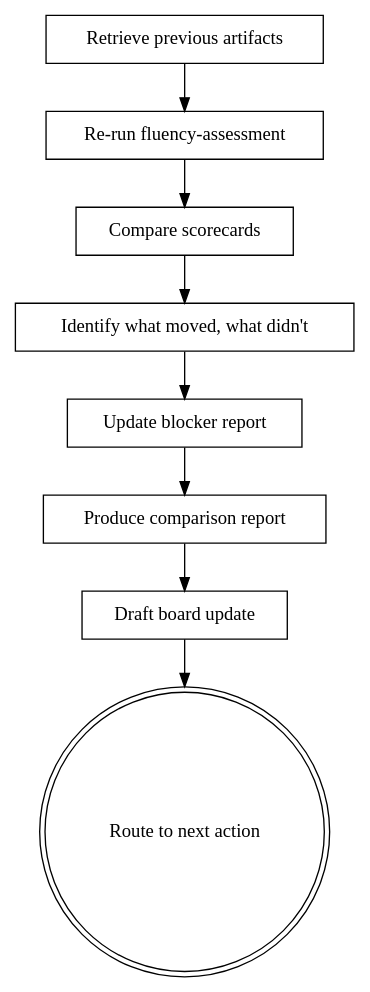
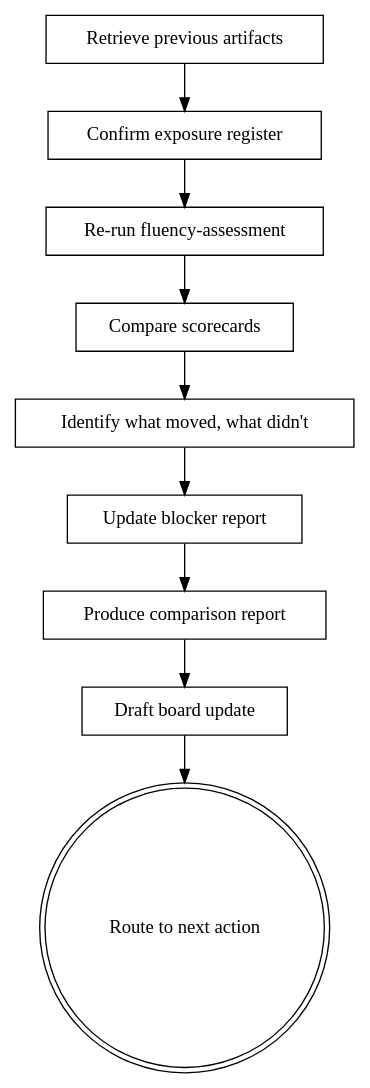
The diagram in skills/quarterly-review/SKILL.md (adimango/ai-adoption-playbook), drawn with Graphviz before and after one commit. The commit also changed other lines of this file, not shown here.

First line of the commit message:
Add exposure register confirmation loop as Step 2 of quarterly-review

````diff
--- a/skills/quarterly-review/SKILL.md
+++ b/skills/quarterly-review/SKILL.md
@@ -27,20 +27,22 @@
 ```dot
 digraph review {
     "Retrieve previous artifacts" [shape=box];
+    "Confirm exposure register" [shape=box];
     "Re-run fluency-assessment" [shape=box];
     "Compare scorecards" [shape=box];
     "Identify what moved, what didn't" [shape=box];
     "Update blocker report" [shape=box];
     "Produce comparison report" [shape=box];
     "Draft board update" [shape=box];
     "Route to next action" [shape=doublecircle];
 
-    "Retrieve previous artifacts" -> "Re-run fluency-assessment";
+    "Retrieve previous artifacts" -> "Confirm exposure register";
+    "Confirm exposure register" -> "Re-run fluency-assessment";
     "Re-run fluency-assessment" -> "Compare scorecards";
     "Compare scorecards" -> "Identify what moved, what didn't";
     "Identify what moved, what didn't" -> "Update blocker report";
     "Update blocker report" -> "Produce comparison report";
     "Produce comparison report" -> "Draft board update";
     "Draft board update" -> "Route to next action";
 }
 ```
````
